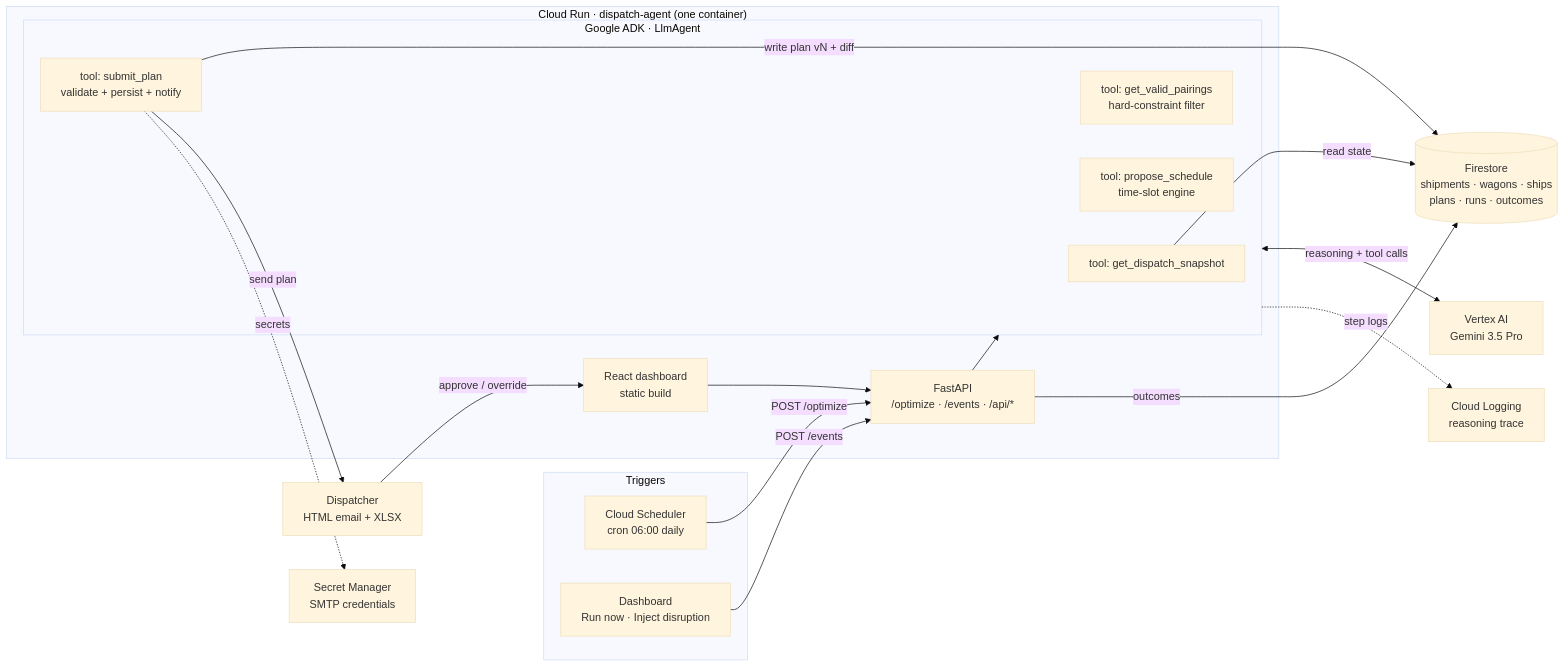
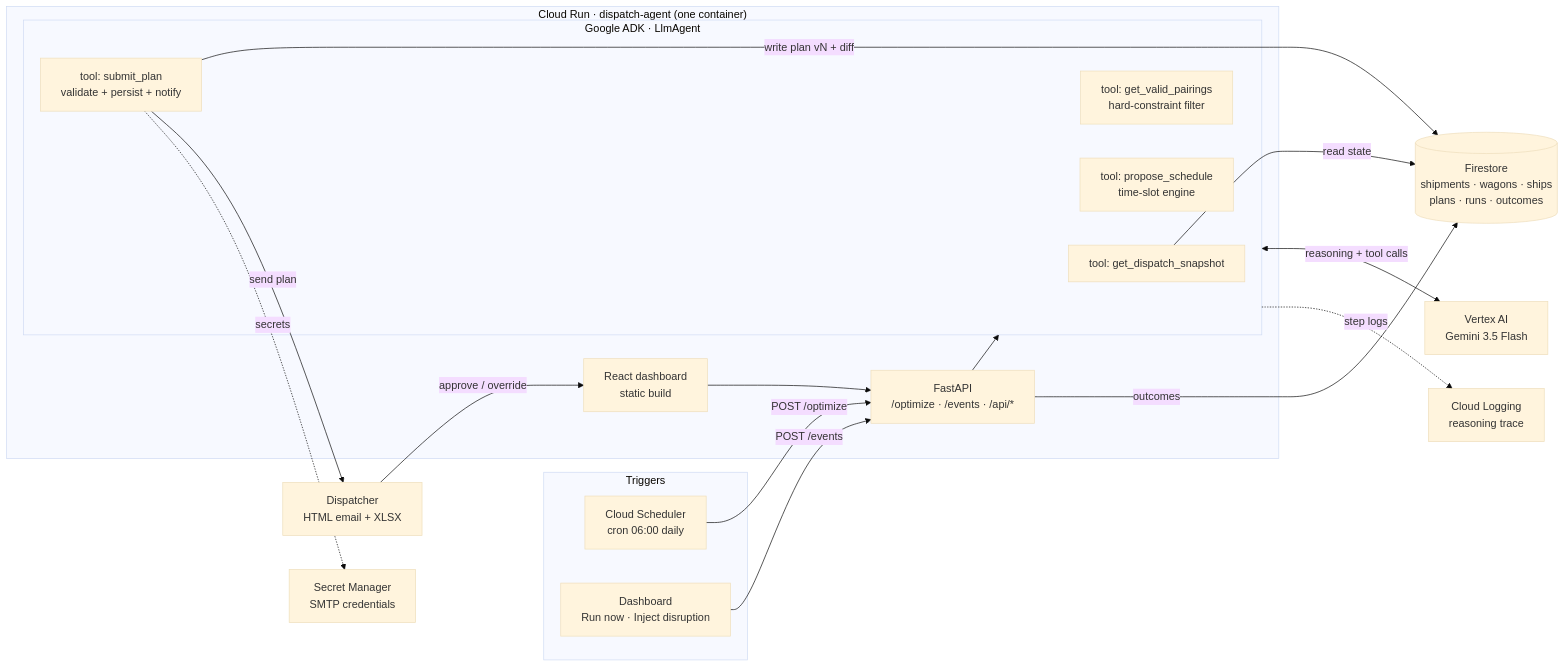
One commit to A-Arzu/Alat-Freight changed the diagram in README.md. Above: the diagram before and after it, drawn with Mermaid (base theme). The commit also changed other lines of this file and 8 other files, not shown here.

````diff
--- a/README.md
+++ b/README.md
@@ -18,34 +18,34 @@
 ```mermaid
 flowchart LR
     subgraph TRIG["Triggers"]
         CS["Cloud Scheduler<br/>cron 06:00 daily"]
         UI["Dashboard<br/>Run now · Inject disruption"]
     end
     subgraph CR["Cloud Run · dispatch-agent (one container)"]
         API["FastAPI<br/>/optimize · /events · /api/*"]
         subgraph AGENT["Google ADK · LlmAgent"]
             T1["tool: get_dispatch_snapshot"]
             T2["tool: get_valid_pairings<br/>hard-constraint filter"]
             T3["tool: propose_schedule<br/>time-slot engine"]
             T4["tool: submit_plan<br/>validate + persist + notify"]
         end
         WEB["React dashboard<br/>static build"]
     end
-    GEM["Vertex AI<br/>Gemini 3.5 Pro"]
+    GEM["Vertex AI<br/>Gemini 3.5 Flash"]
     FS[("Firestore<br/>shipments · wagons · ships<br/>plans · runs · outcomes")]
     SM["Secret Manager<br/>SMTP credentials"]
     LOG["Cloud Logging<br/>reasoning trace"]
     DIS["Dispatcher<br/>HTML email + XLSX"]
     CS -->|"POST /optimize"| API
     UI -->|"POST /events"| API
     API --> AGENT
     AGENT <-->|"reasoning + tool calls"| GEM
     T1 -->|"read state"| FS
     T4 -->|"write plan vN + diff"| FS
     T4 -->|"send plan"| DIS
     T4 -.->|"secrets"| SM
     AGENT -.->|"step logs"| LOG
     DIS -->|"approve / override"| WEB
     WEB --> API
     API -->|"outcomes"| FS
 ```
````
